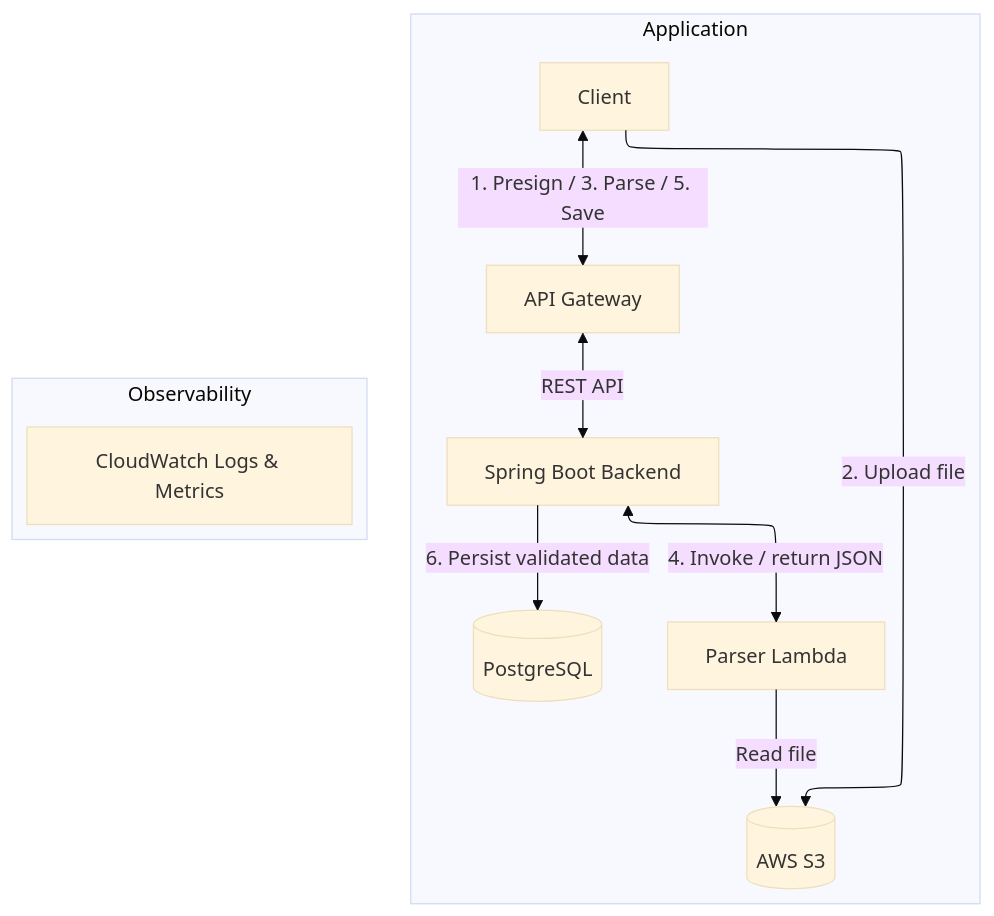
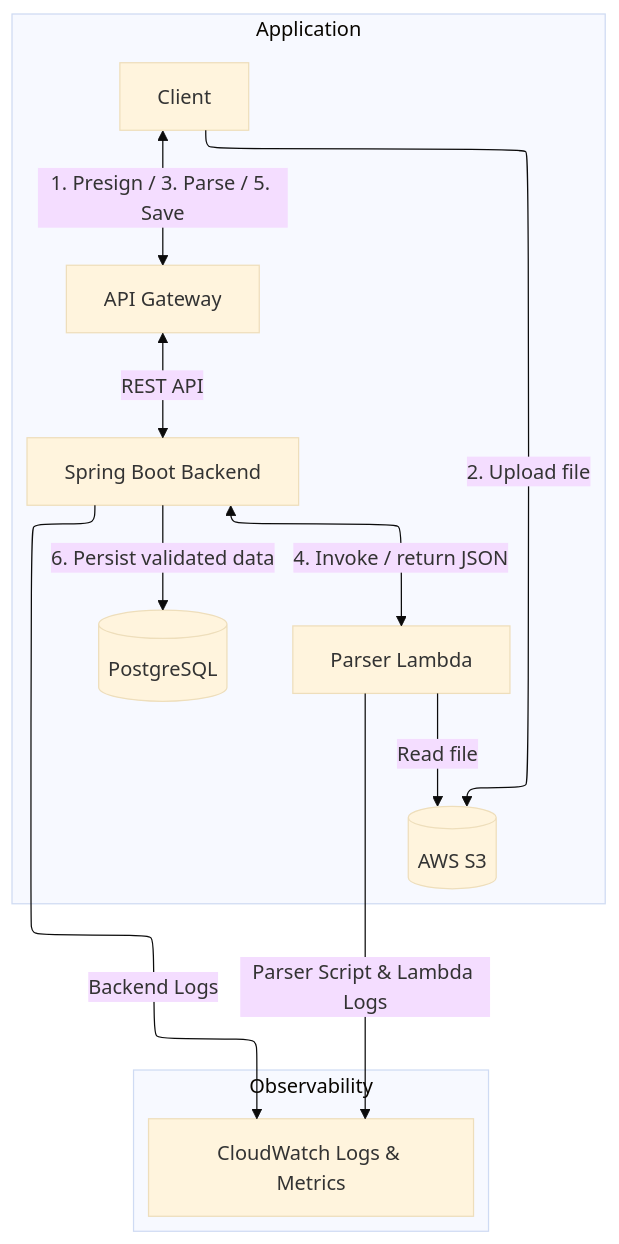
One commit to brucexu0731/Resume_Engine_MVP changed the diagram in SpringBootBackend/docs/architecture.md. Above: the diagram before and after it, drawn with Mermaid (base theme). The commit also changed other lines of this file, not shown here.

Commit message:
update architecture

````diff
--- a/SpringBootBackend/docs/architecture.md
+++ b/SpringBootBackend/docs/architecture.md
@@ -2,29 +6,32 @@
 ```mermaid
 ---
 config:
   layout: elk
 ---
 flowchart TD
 
 subgraph APP["Application"]
     direction TD 
     C["Client"]
     API["API Gateway"]
     B["Spring Boot Backend"]
     S3[("AWS S3")]
     L["Parser Lambda"]
     DB[("PostgreSQL")]
     
     C <-->|"1. Presign / 3. Parse / 5. Save"| API
     API <-->|"REST API"| B
     C -->|"2. Upload file"| S3
     B <-->|"4. Invoke / return JSON"| L
     L -->|"Read file"| S3
     B -->|"6. Persist validated data"| DB
 end
 
 subgraph LOGS["Observability"]
-    CLOUDWATCH["CloudWatch Logs & Metrics"]
+    O["CloudWatch Logs & Metrics"]
 end
-    
+
+L -->|"Parser Script & Lambda Logs"| O
+B -->|"Backend Logs"| O
+
 ```
````
